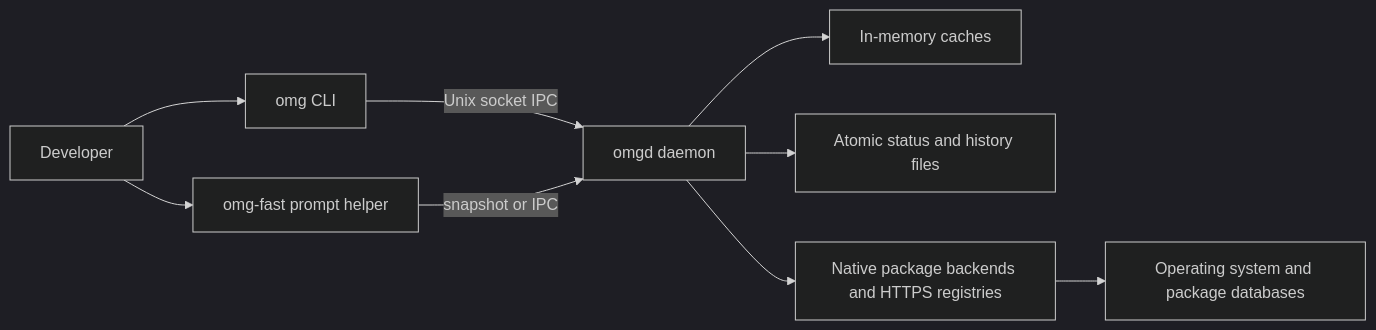
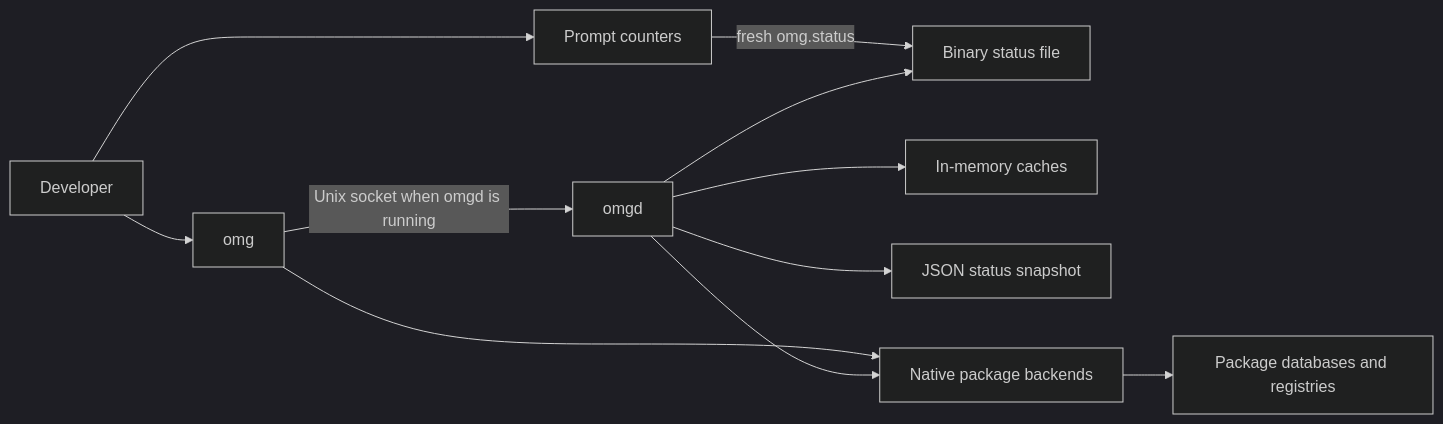
One commit to omg-cli/omg changed the first of 3 diagrams in docs/architecture.md. Above: the diagram before and after it, drawn with Mermaid (dark theme). The commit also changed other lines of this file and 53 other files, not shown here.

First line of the commit message:
docs: make the guides beginner-readable, add diagrams, and gate doc drift

````diff
--- a/docs/architecture.md
+++ b/docs/architecture.md
@@ -19,11 +18,13 @@
 ```mermaid
 flowchart LR
-    User[Developer] --> CLI[omg CLI]
-    User --> Fast[omg-fast prompt helper]
-    CLI -->|Unix socket IPC| Daemon[omgd daemon]
-    Fast -->|snapshot or IPC| Daemon
+    User[Developer] --> CLI[omg]
+    User --> Prompt[Prompt counters]
+    CLI -->|Unix socket when omgd is running| Daemon[omgd]
+    Prompt -->|fresh omg.status| Snapshot[Binary status file]
+    Daemon --> Snapshot
     Daemon --> Cache[In-memory caches]
-    Daemon --> State[Atomic status and history files]
-    Daemon --> Backends[Native package backends and HTTPS registries]
-    Backends --> OS[Operating system and package databases]
+    Daemon --> State[JSON status snapshot]
+    CLI --> Backends[Native package backends]
+    Daemon --> Backends
+    Backends --> OS[Package databases and registries]
 ```
````
